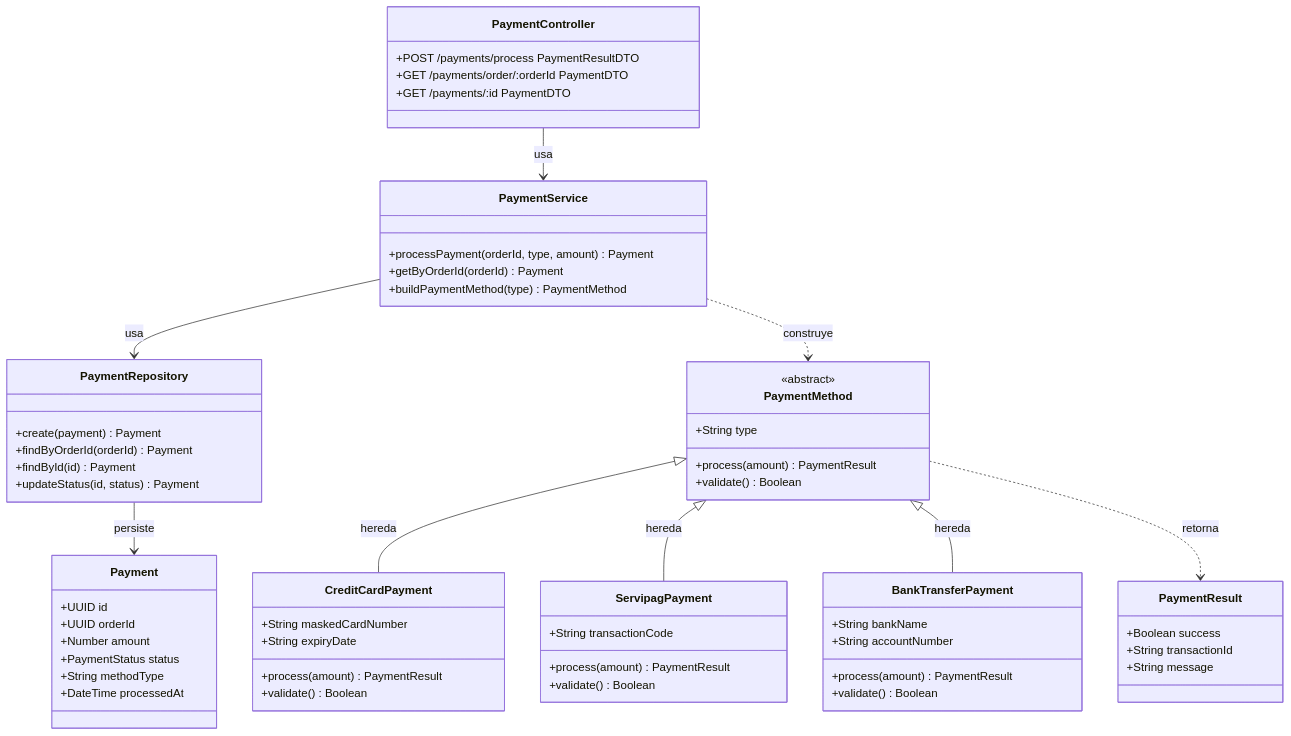
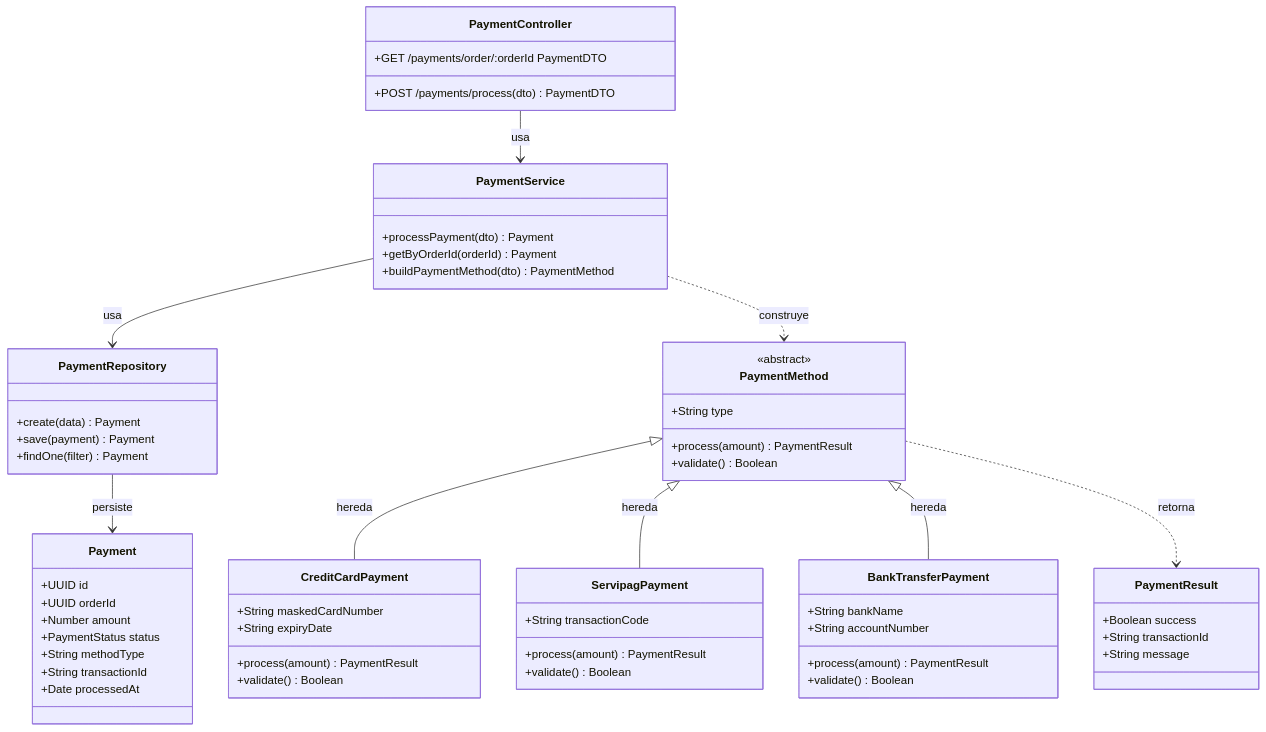
One commit to holyusm/INF-301-WWW changed the ninth of 12 diagrams in BackEnd-Arquitectura.md. Above: the diagram before and after it, drawn with Mermaid. The commit also changed other lines of this file, not shown here.

````diff
--- a/BackEnd-Arquitectura.md
+++ b/BackEnd-Arquitectura.md
@@ -609,72 +617,71 @@
 ```mermaid
 classDiagram
     class PaymentController {
-        +POST /payments/process PaymentResultDTO
+        +POST /payments/process(dto) PaymentDTO
         +GET /payments/order/:orderId PaymentDTO
-        +GET /payments/:id PaymentDTO
     }
 
     class PaymentService {
-        +processPayment(orderId, type, amount) Payment
+        +processPayment(dto) Payment
         +getByOrderId(orderId) Payment
-        +buildPaymentMethod(type) PaymentMethod
+        +buildPaymentMethod(dto) PaymentMethod
     }
 
     class PaymentRepository {
-        +create(payment) Payment
-        +findByOrderId(orderId) Payment
-        +findById(id) Payment
-        +updateStatus(id, status) Payment
+        +create(data) Payment
+        +save(payment) Payment
+        +findOne(filter) Payment
     }
 
     class PaymentMethod {
         <<abstract>>
         +String type
         +process(amount) PaymentResult
         +validate() Boolean
     }
 
     class CreditCardPayment {
         +String maskedCardNumber
         +String expiryDate
         +process(amount) PaymentResult
         +validate() Boolean
     }
 
     class ServipagPayment {
         +String transactionCode
         +process(amount) PaymentResult
         +validate() Boolean
     }
 
     class BankTransferPayment {
         +String bankName
         +String accountNumber
         +process(amount) PaymentResult
         +validate() Boolean
     }
 
     class Payment {
         +UUID id
         +UUID orderId
         +Number amount
         +PaymentStatus status
         +String methodType
-        +DateTime processedAt
+        +String transactionId
+        +Date processedAt
     }
 
     class PaymentResult {
         +Boolean success
         +String transactionId
         +String message
     }
 
     PaymentController --> PaymentService : usa
     PaymentService --> PaymentRepository : usa
     PaymentRepository --> Payment : persiste
     PaymentService ..> PaymentMethod : construye
     PaymentMethod <|-- CreditCardPayment : hereda
     PaymentMethod <|-- ServipagPayment : hereda
     PaymentMethod <|-- BankTransferPayment : hereda
     PaymentMethod ..> PaymentResult : retorna
 ```
````
